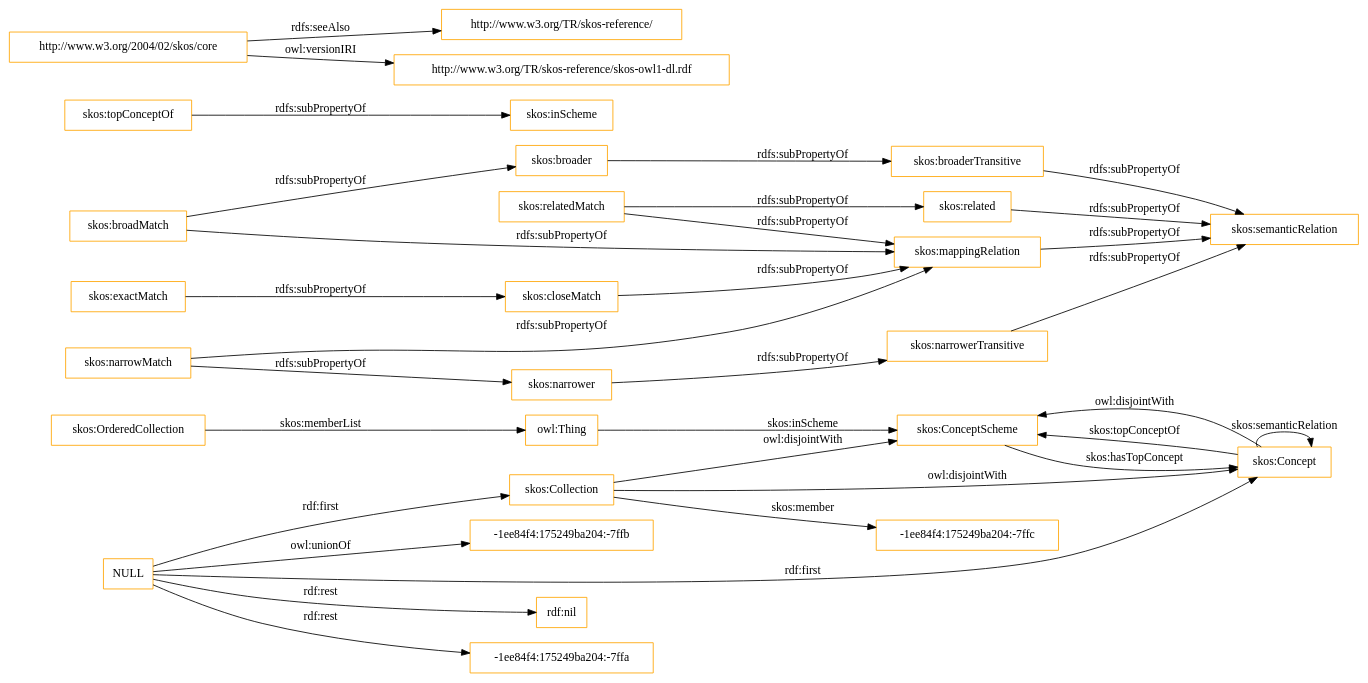
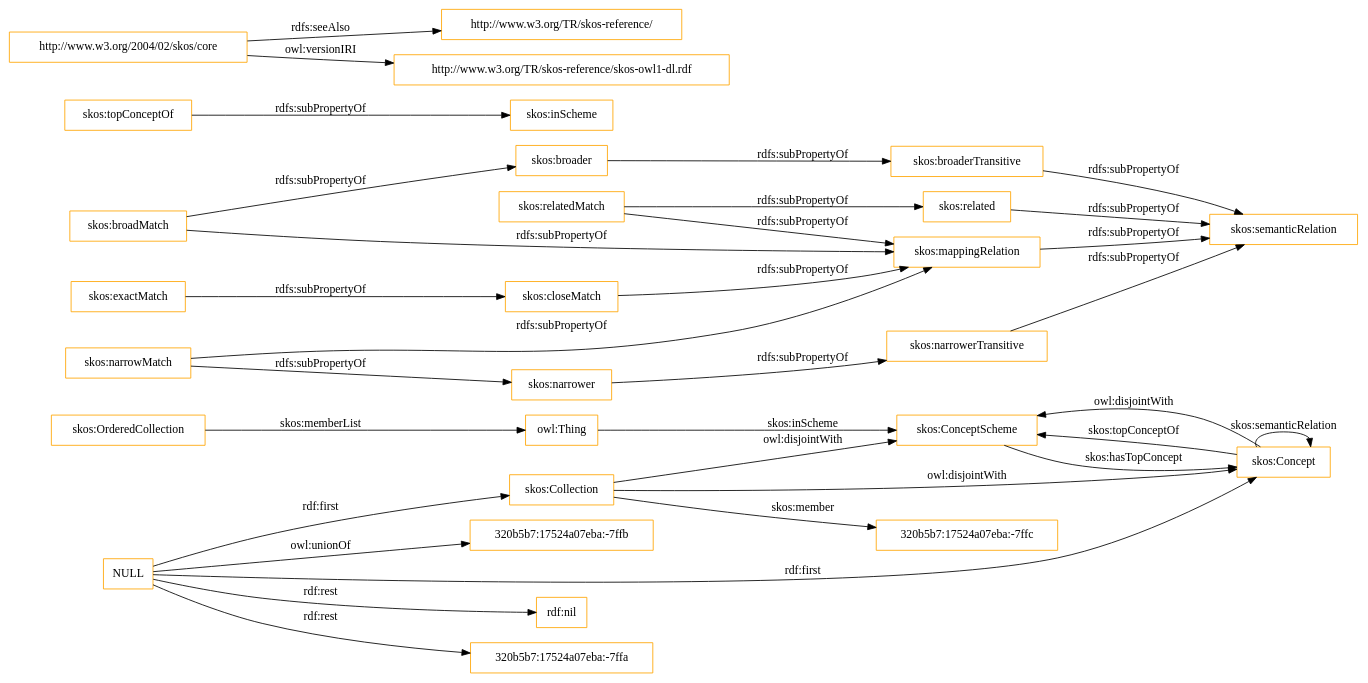
Before and after one commit to OnToologyUser/core-ontology-1: the diagram in OnToology/imports/skos.owl/diagrams/ar2dtool-class/skos.owl.png.dot, drawn with Graphviz. The commit also changed 14 other files, not shown here.

```diff
--- a/OnToology/imports/skos.owl/diagrams/ar2dtool-class/skos.owl.png.dot
+++ b/OnToology/imports/skos.owl/diagrams/ar2dtool-class/skos.owl.png.dot
@@ -1,37 +1,37 @@
 digraph ar2dtool_diagram { 
 rankdir=LR;
 size="1501"
-node [shape = rectangle, color="orange"]; "skos:OrderedCollection" "skos:ConceptScheme" "skos:Concept" "skos:Collection" "-1ee84f4:175249ba204:-7ffc" ; /*classes style*/
+node [shape = rectangle, color="orange"]; "skos:OrderedCollection" "skos:ConceptScheme" "skos:Concept" "skos:Collection" "320b5b7:17524a07eba:-7ffc" ; /*classes style*/
 	"skos:narrowerTransitive" -> "skos:semanticRelation" [ label = "rdfs:subPropertyOf" ];
 	"NULL" -> "rdf:nil" [ label = "rdf:rest" ];
 	"NULL" -> "skos:Concept" [ label = "rdf:first" ];
-	"NULL" -> "-1ee84f4:175249ba204:-7ffa" [ label = "rdf:rest" ];
+	"NULL" -> "320b5b7:17524a07eba:-7ffa" [ label = "rdf:rest" ];
 	"NULL" -> "skos:Collection" [ label = "rdf:first" ];
-	"NULL" -> "-1ee84f4:175249ba204:-7ffb" [ label = "owl:unionOf" ];
+	"NULL" -> "320b5b7:17524a07eba:-7ffb" [ label = "owl:unionOf" ];
 	"skos:closeMatch" -> "skos:mappingRelation" [ label = "rdfs:subPropertyOf" ];
 	"skos:Concept" -> "skos:ConceptScheme" [ label = "owl:disjointWith" ];
 	"skos:relatedMatch" -> "skos:related" [ label = "rdfs:subPropertyOf" ];
 	"skos:relatedMatch" -> "skos:mappingRelation" [ label = "rdfs:subPropertyOf" ];
 	"skos:related" -> "skos:semanticRelation" [ label = "rdfs:subPropertyOf" ];
 	"skos:topConceptOf" -> "skos:inScheme" [ label = "rdfs:subPropertyOf" ];
 	"skos:broadMatch" -> "skos:mappingRelation" [ label = "rdfs:subPropertyOf" ];
 	"skos:broadMatch" -> "skos:broader" [ label = "rdfs:subPropertyOf" ];
 	"skos:exactMatch" -> "skos:closeMatch" [ label = "rdfs:subPropertyOf" ];
 	"skos:broaderTransitive" -> "skos:semanticRelation" [ label = "rdfs:subPropertyOf" ];
 	"skos:broader" -> "skos:broaderTransitive" [ label = "rdfs:subPropertyOf" ];
 	"skos:mappingRelation" -> "skos:semanticRelation" [ label = "rdfs:subPropertyOf" ];
 	"http://www.w3.org/2004/02/skos/core" -> "http://www.w3.org/TR/skos-reference/" [ label = "rdfs:seeAlso" ];
 	"http://www.w3.org/2004/02/skos/core" -> "http://www.w3.org/TR/skos-reference/skos-owl1-dl.rdf" [ label = "owl:versionIRI" ];
 	"skos:Collection" -> "skos:ConceptScheme" [ label = "owl:disjointWith" ];
 	"skos:Collection" -> "skos:Concept" [ label = "owl:disjointWith" ];
 	"skos:narrower" -> "skos:narrowerTransitive" [ label = "rdfs:subPropertyOf" ];
 	"skos:narrowMatch" -> "skos:narrower" [ label = "rdfs:subPropertyOf" ];
 	"skos:narrowMatch" -> "skos:mappingRelation" [ label = "rdfs:subPropertyOf" ];
 	"skos:OrderedCollection" -> "owl:Thing" [ label = "skos:memberList" ];
 	"skos:Concept" -> "skos:ConceptScheme" [ label = "skos:topConceptOf" ];
 	"skos:Concept" -> "skos:Concept" [ label = "skos:semanticRelation" ];
-	"skos:Collection" -> "-1ee84f4:175249ba204:-7ffc" [ label = "skos:member" ];
+	"skos:Collection" -> "320b5b7:17524a07eba:-7ffc" [ label = "skos:member" ];
 	"skos:ConceptScheme" -> "skos:Concept" [ label = "skos:hasTopConcept" ];
 	"owl:Thing" -> "skos:ConceptScheme" [ label = "skos:inScheme" ];
 
 }
```
